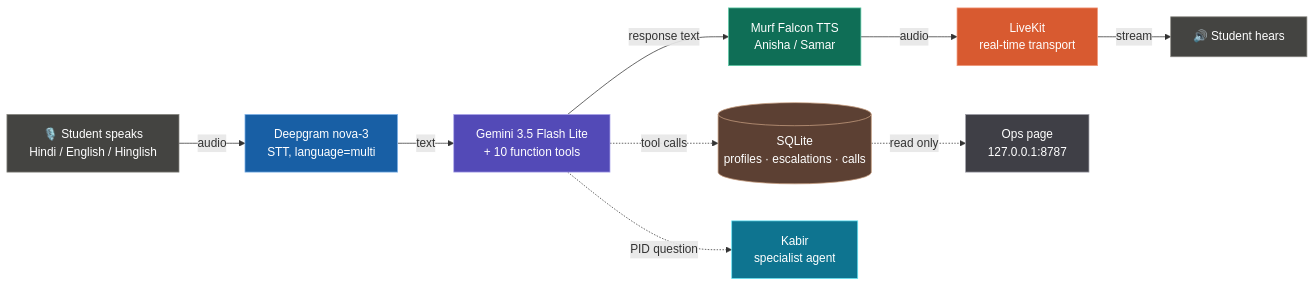
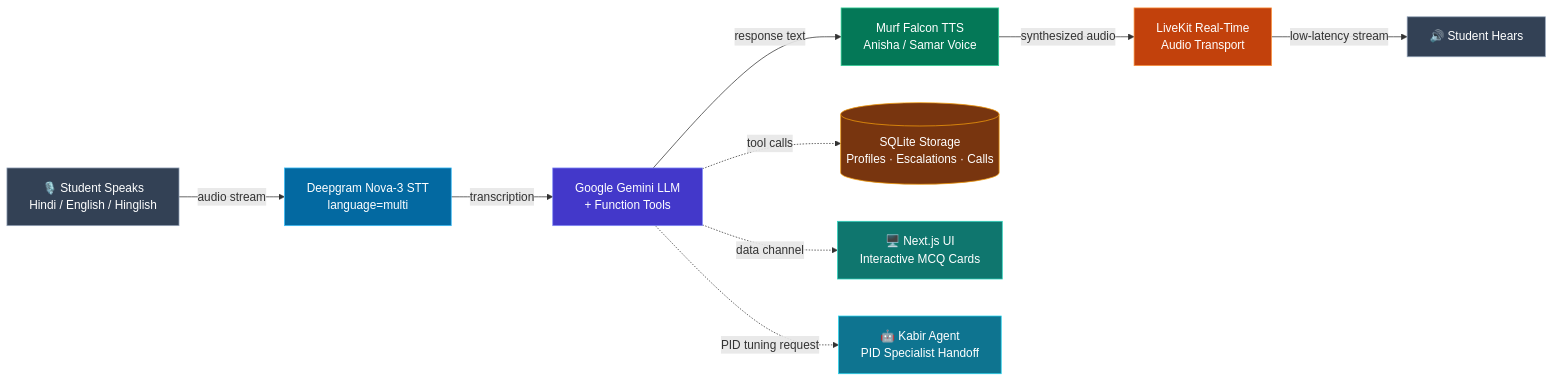
Before and after one commit to Mayank-CS50/Rishika-AI_Robotics_Guide: the diagram in README.md, drawn with Mermaid. The commit also changed other lines of this file and 10 other files, not shown here.

````diff
--- a/README.md
+++ b/README.md
@@ -44,21 +29,22 @@
 ```mermaid
 flowchart LR
-    A[🎙️ Student speaks<br/>Hindi / English / Hinglish] -->|audio| B[Deepgram nova-3<br/>STT, language=multi]
-    B -->|text| C[Gemini 3.5 Flash Lite<br/>+ 10 function tools]
-    C -->|response text| D[Murf Falcon TTS<br/>Anisha / Samar]
-    D -->|audio| E[LiveKit<br/>real-time transport]
-    E -->|stream| F[🔊 Student hears]
-    C -.->|tool calls| G[(SQLite<br/>profiles · escalations · calls)]
-    C -.->|PID question| H[Kabir<br/>specialist agent]
-    G -.->|read only| I[Ops page<br/>127.0.0.1:8787]
+    A[🎙️ Student Speaks<br/>Hindi / English / Hinglish] -->|audio stream| B[Deepgram Nova-3 STT<br/>language=multi]
+    B -->|transcription| C[Google Gemini LLM<br/>+ Function Tools]
+    C -->|response text| D[Murf Falcon TTS<br/>Anisha / Samar Voice]
+    D -->|synthesized audio| E[LiveKit Real-Time<br/>Audio Transport]
+    E -->|low-latency stream| F[🔊 Student Hears]
+    
+    C -.->|tool calls| G[(SQLite Storage<br/>Profiles · Escalations · Calls)]
+    C -.->|data channel| H[🖥️ Next.js UI<br/>Interactive MCQ Cards]
+    C -.->|PID tuning request| I[🤖 Kabir Agent<br/>PID Specialist Handoff]
 
-    style A fill:#444441,stroke:#888780,color:#fff
-    style B fill:#185FA5,stroke:#85B7EB,color:#fff
-    style C fill:#534AB7,stroke:#AFA9EC,color:#fff
-    style D fill:#0F6E56,stroke:#5DCAA5,color:#fff
-    style E fill:#D85A30,stroke:#F0997B,color:#fff
-    style F fill:#444441,stroke:#888780,color:#fff
-    style G fill:#5C4033,stroke:#C89F82,color:#fff
-    style H fill:#0E7490,stroke:#67E8F9,color:#fff
-    style I fill:#3F3F46,stroke:#A1A1AA,color:#fff
+    style A fill:#334155,stroke:#94A3B8,color:#fff
+    style B fill:#0369A1,stroke:#38BDF8,color:#fff
+    style C fill:#4338CA,stroke:#818CF8,color:#fff
+    style D fill:#047857,stroke:#34D399,color:#fff
+    style E fill:#C2410C,stroke:#FB923C,color:#fff
+    style F fill:#334155,stroke:#94A3B8,color:#fff
+    style G fill:#78350F,stroke:#F59E0B,color:#fff
+    style H fill:#0F766E,stroke:#2DD4BF,color:#fff
+    style I fill:#0E7490,stroke:#22D3EE,color:#fff
 ```
````
